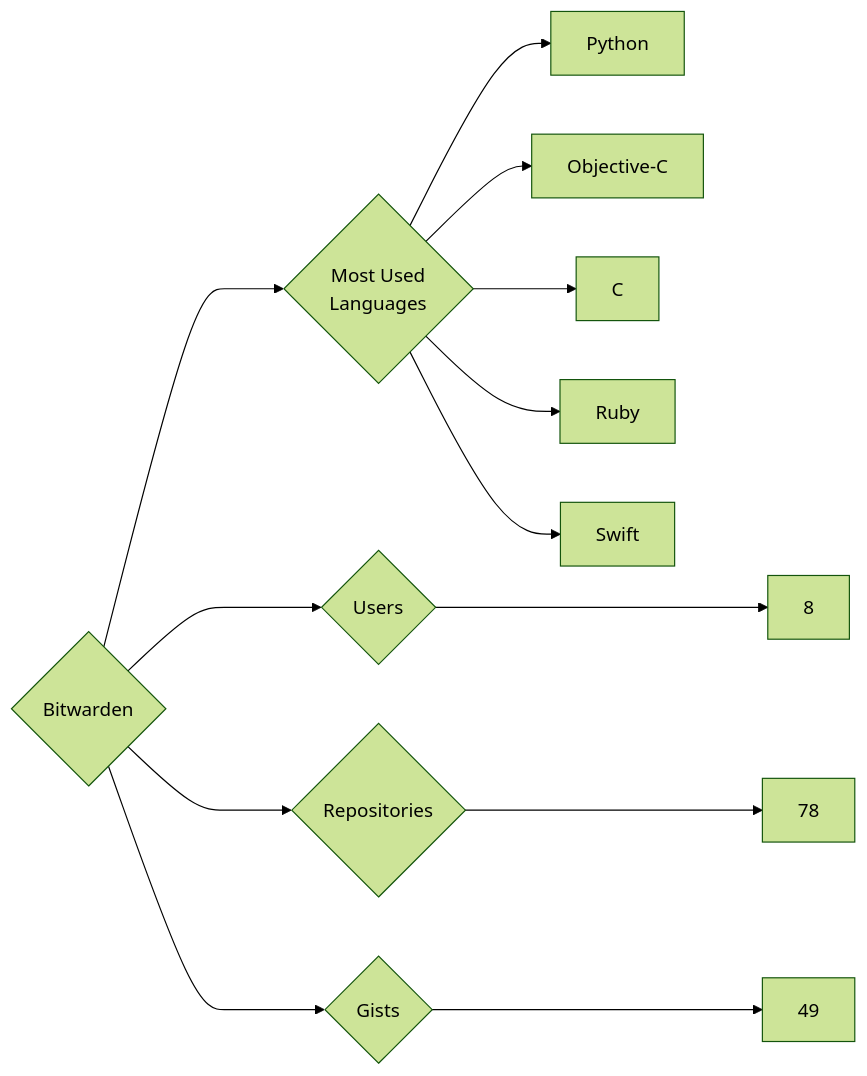
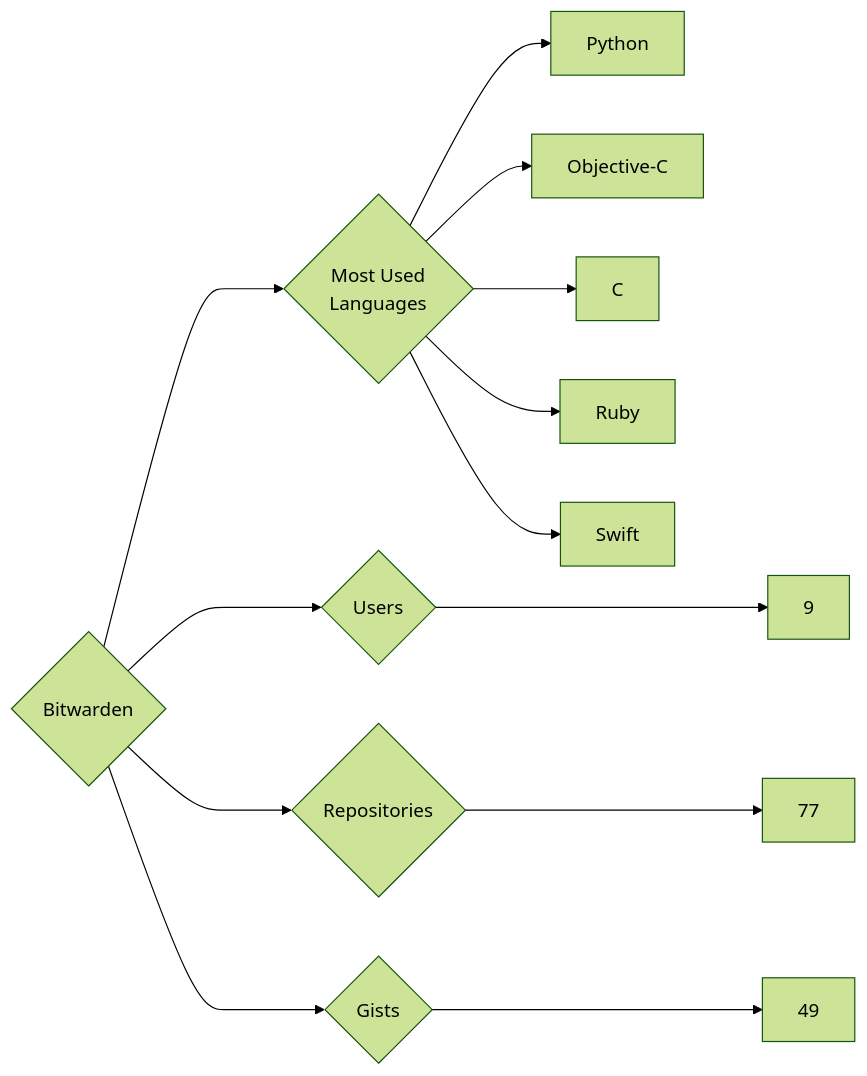
One commit to trickest/insiders changed the diagram in targets/Bitwarden/README.md. Above: the diagram before and after it, drawn with Mermaid (forest theme). The commit also changed 815 other files, not shown here.

````diff
--- a/targets/Bitwarden/README.md
+++ b/targets/Bitwarden/README.md
@@ -3,13 +3,13 @@
 ```mermaid
 graph LR
 COMPANY_NAME{Bitwarden}
-COMPANY_NAME ---> U{Users} ---> UN[8]
-COMPANY_NAME ---> R{Repositories} ---> RN[78]
+COMPANY_NAME ---> U{Users} ---> UN[9]
+COMPANY_NAME ---> R{Repositories} ---> RN[77]
 COMPANY_NAME ---> G{Gists} ---> GN[49]
 COMPANY_NAME ---> ML{Most Used<br>Languages}
 ML --> Python[Python]
 ML --> Objective-C[Objective-C]
 ML --> C[C]
 ML --> Ruby[Ruby]
 ML --> Swift[Swift]
 ```
````
